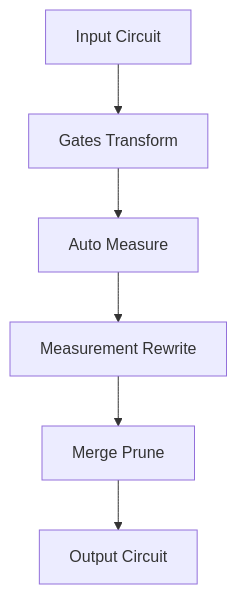
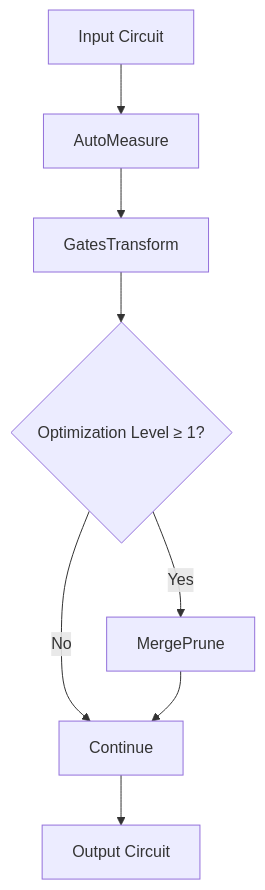
Before and after one commit to QureGenAI-Biotech/TyxonQ: the third of 14 diagrams in .qoder/repowiki/en/content/Core Framework Architecture/Compiler Pipeline/Compiler Pipeline.md, drawn with Mermaid. The commit also changed other lines of this file and 516 other files, not shown here.

````diff
--- a/.qoder/repowiki/en/content/Core Framework Architecture/Compiler Pipeline/Compiler Pipeline.md
+++ b/.qoder/repowiki/en/content/Core Framework Architecture/Compiler Pipeline/Compiler Pipeline.md
@@ -113,8 +148,10 @@
 ```mermaid
 flowchart TD
-A[Input Circuit] --> B[Gates Transform]
-B --> C[Auto Measure]
-C --> D[Measurement Rewrite]
-D --> E[Merge Prune]
-E --> F[Output Circuit]
+A[Input Circuit] --> B[AutoMeasure]
+B --> C[GatesTransform]
+C --> D{Optimization Level ≥ 1?}
+D --> |Yes| E[MergePrune]
+D --> |No| F[Continue]
+E --> F
+F --> G[Output Circuit]
 ```
````
